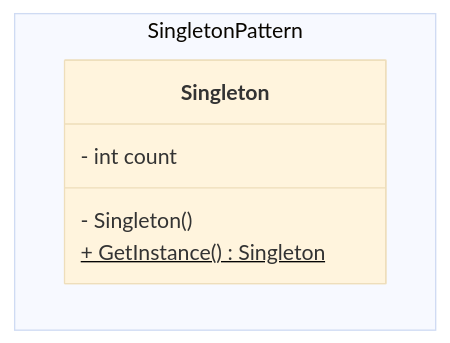
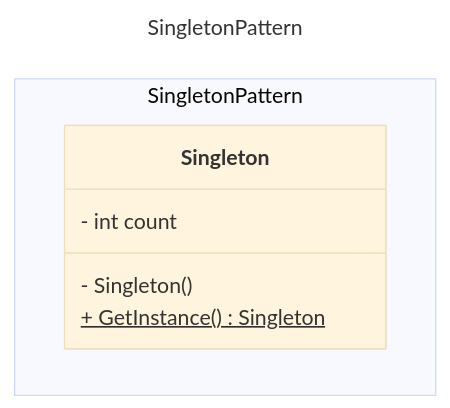
One commit to akhiltn/design-patterns-golang changed the first of 7 diagrams in README.md. Above: the diagram before and after it, drawn with Mermaid (base theme). The commit also changed other lines of this file and 5 other files, not shown here.

````diff
--- a/README.md
+++ b/README.md
@@ -7,11 +7,14 @@
 ```mermaid
+---
+title: SingletonPattern
+---
 classDiagram
 
 namespace SingletonPattern{
     class Singleton {
         - int count
         - Singleton()
         + GetInstance()$ Singleton
     }
 }
 ```
````
